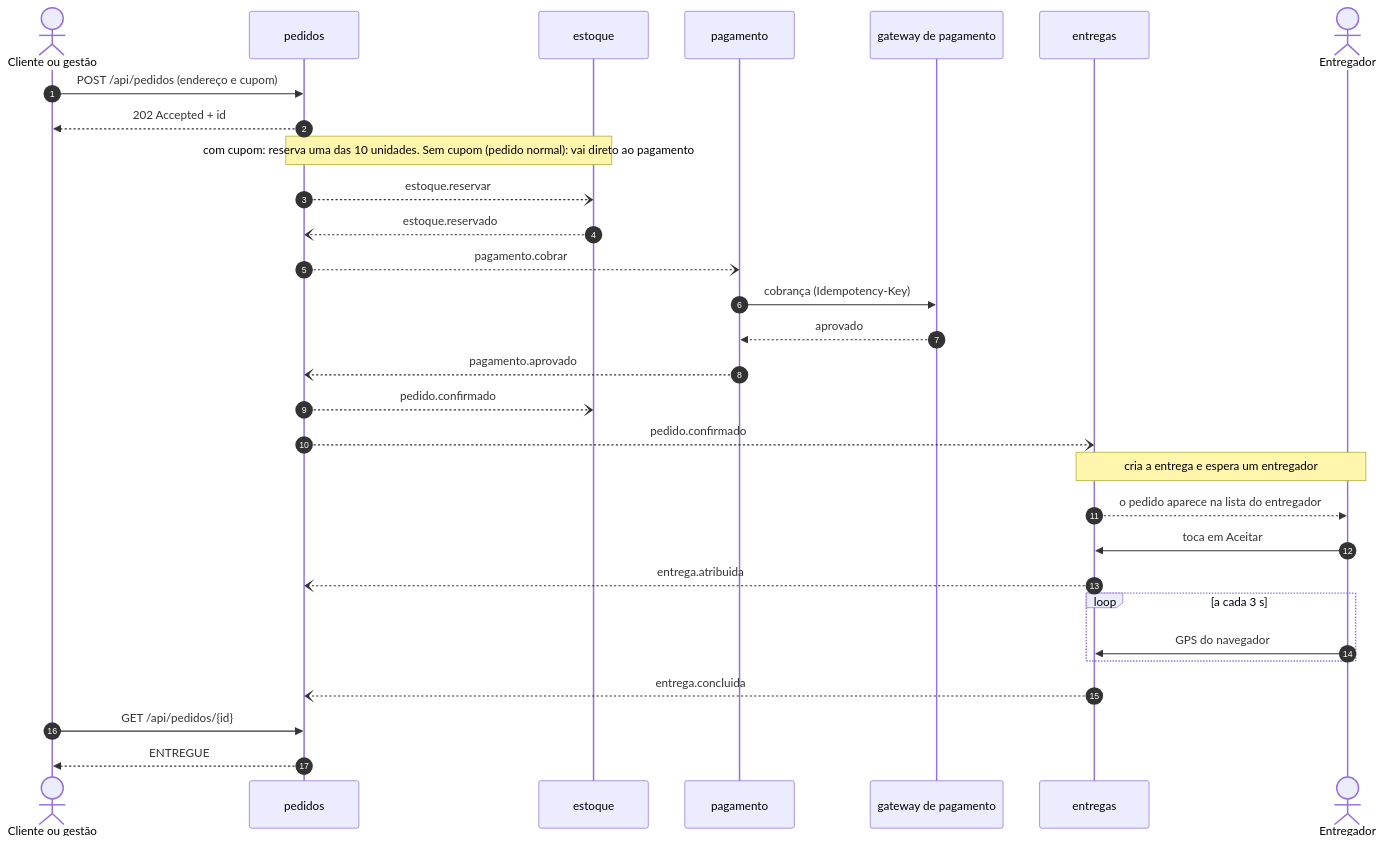
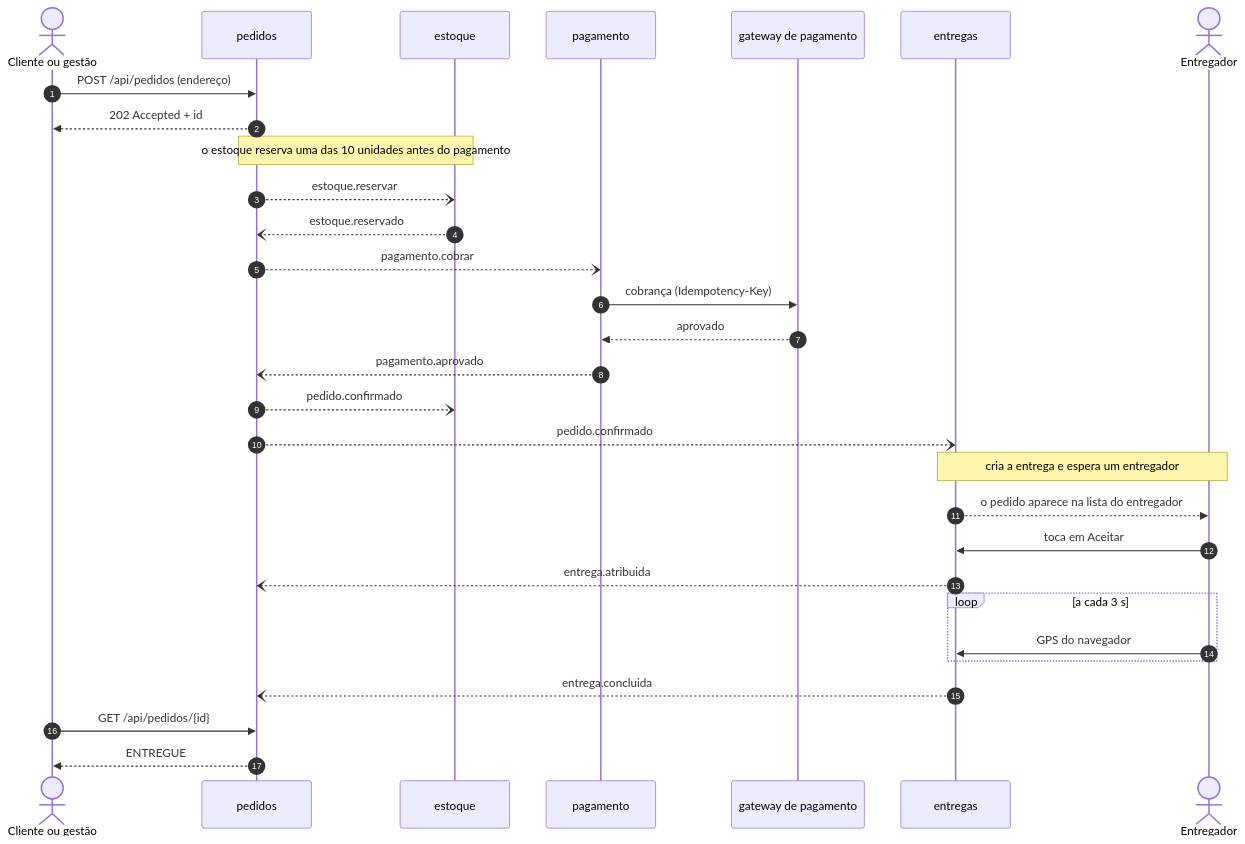
The diagram in docs/arquitetura/saga.mmd (yurirrabelo/5bitsdelivery), drawn with Mermaid before and after one commit. The commit also changed 67 other files, not shown here.

```diff
--- a/docs/arquitetura/saga.mmd
+++ b/docs/arquitetura/saga.mmd
@@ -1,30 +1,30 @@
 sequenceDiagram
     autonumber
     actor C as Cliente ou gestão
     participant P as pedidos
     participant E as estoque
     participant PG as pagamento
     participant GW as gateway de pagamento
     participant ENT as entregas
     actor M as Entregador
-    C->>P: POST /api/pedidos (endereço e cupom)
+    C->>P: POST /api/pedidos (endereço)
     P-->>C: 202 Accepted + id
-    Note over P,E: com cupom: reserva uma das 10 unidades. Sem cupom (pedido normal): vai direto ao pagamento
+    Note over P,E: o estoque reserva uma das 10 unidades antes do pagamento
     P--)E: estoque.reservar
     E--)P: estoque.reservado
     P--)PG: pagamento.cobrar
     PG->>GW: cobrança (Idempotency-Key)
     GW-->>PG: aprovado
     PG--)P: pagamento.aprovado
     P--)E: pedido.confirmado
     P--)ENT: pedido.confirmado
     Note over ENT,M: cria a entrega e espera um entregador
     ENT-->>M: o pedido aparece na lista do entregador
     M->>ENT: toca em Aceitar
     ENT--)P: entrega.atribuida
     loop a cada 3 s
         M->>ENT: GPS do navegador
     end
     ENT--)P: entrega.concluida
     C->>P: GET /api/pedidos/{id}
     P-->>C: ENTREGUE
```
